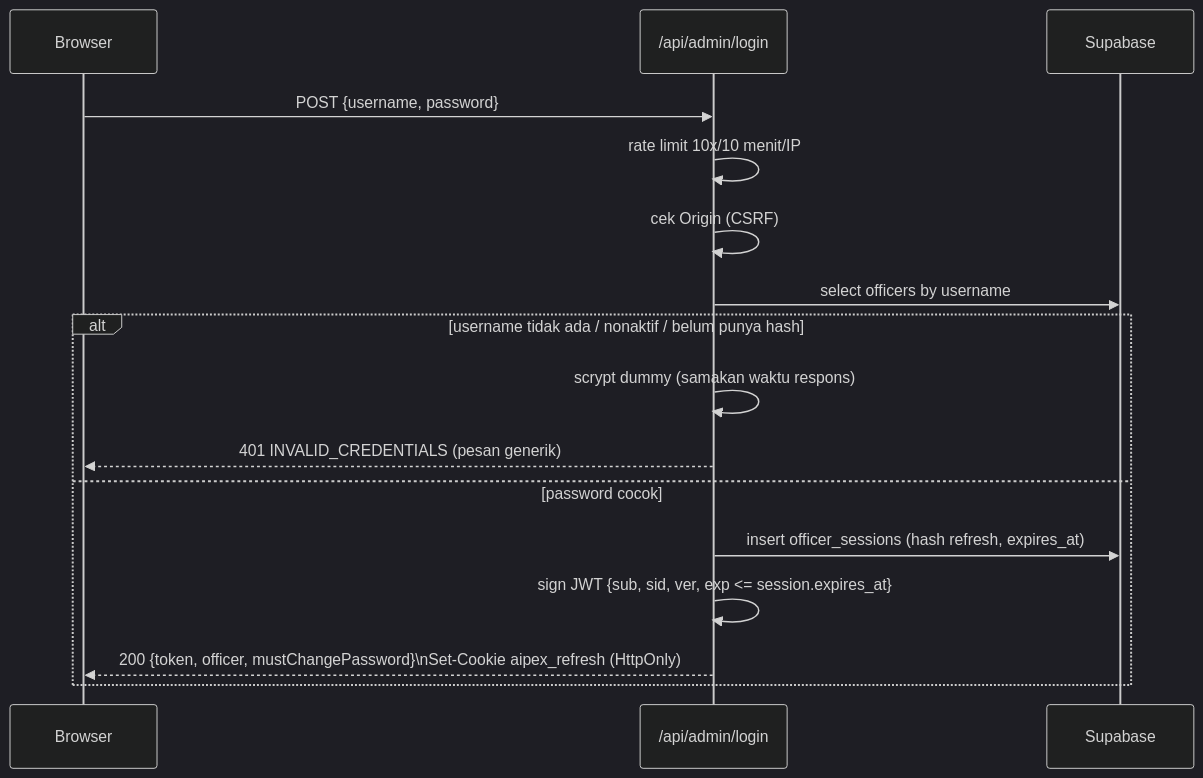
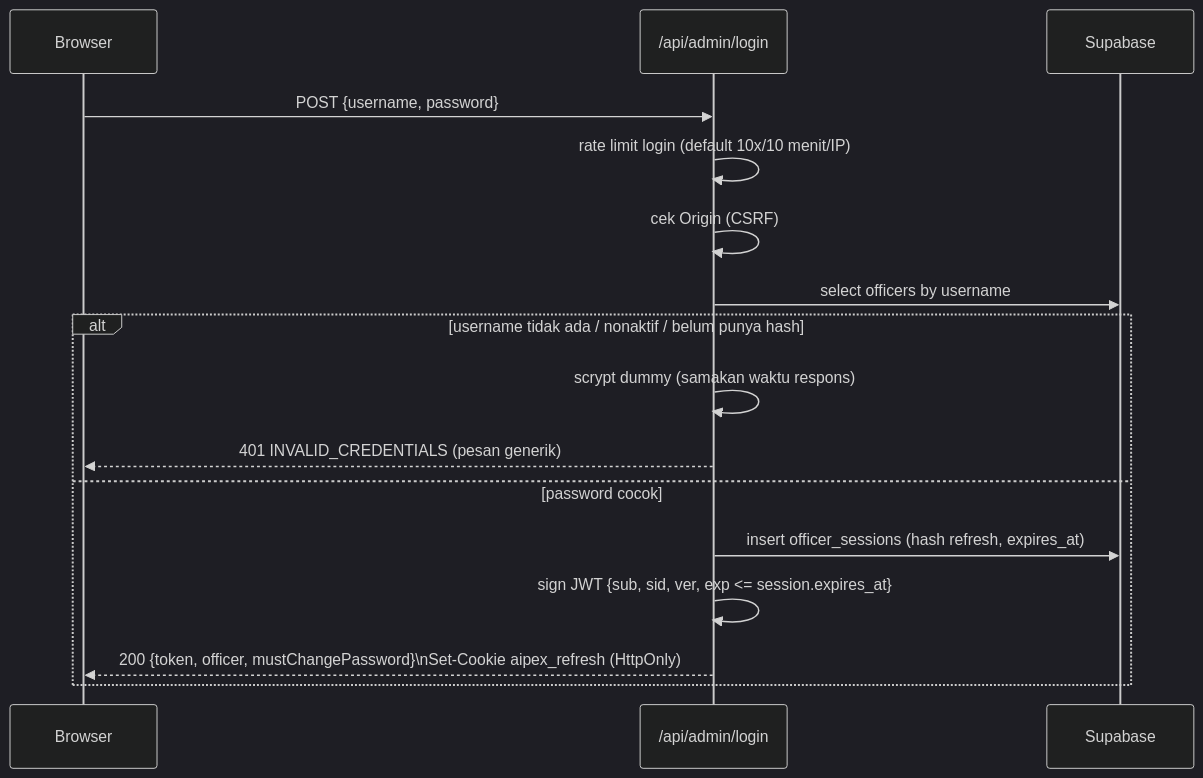
One commit to wwildanahmadfarel-bit/aipex_veribot changed the diagram in docs/AUTH-PETUGAS.md. Above: the diagram before and after it, drawn with Mermaid (dark theme). The commit also changed other lines of this file and 6 other files, not shown here.

Commit message:
feat(auth): rate limit login dapat dikonfigurasi untuk demo

````diff
--- a/docs/AUTH-PETUGAS.md
+++ b/docs/AUTH-PETUGAS.md
@@ -45,18 +45,18 @@
 ```mermaid
 sequenceDiagram
   participant B as Browser
   participant API as /api/admin/login
   participant DB as Supabase
   B->>API: POST {username, password}
-  API->>API: rate limit 10x/10 menit/IP
+  API->>API: rate limit login (default 10x/10 menit/IP)
   API->>API: cek Origin (CSRF)
   API->>DB: select officers by username
   alt username tidak ada / nonaktif / belum punya hash
     API->>API: scrypt dummy (samakan waktu respons)
     API-->>B: 401 INVALID_CREDENTIALS (pesan generik)
   else password cocok
     API->>DB: insert officer_sessions (hash refresh, expires_at)
     API->>API: sign JWT {sub, sid, ver, exp <= session.expires_at}
     API-->>B: 200 {token, officer, mustChangePassword}\nSet-Cookie aipex_refresh (HttpOnly)
   end
 ```
````
